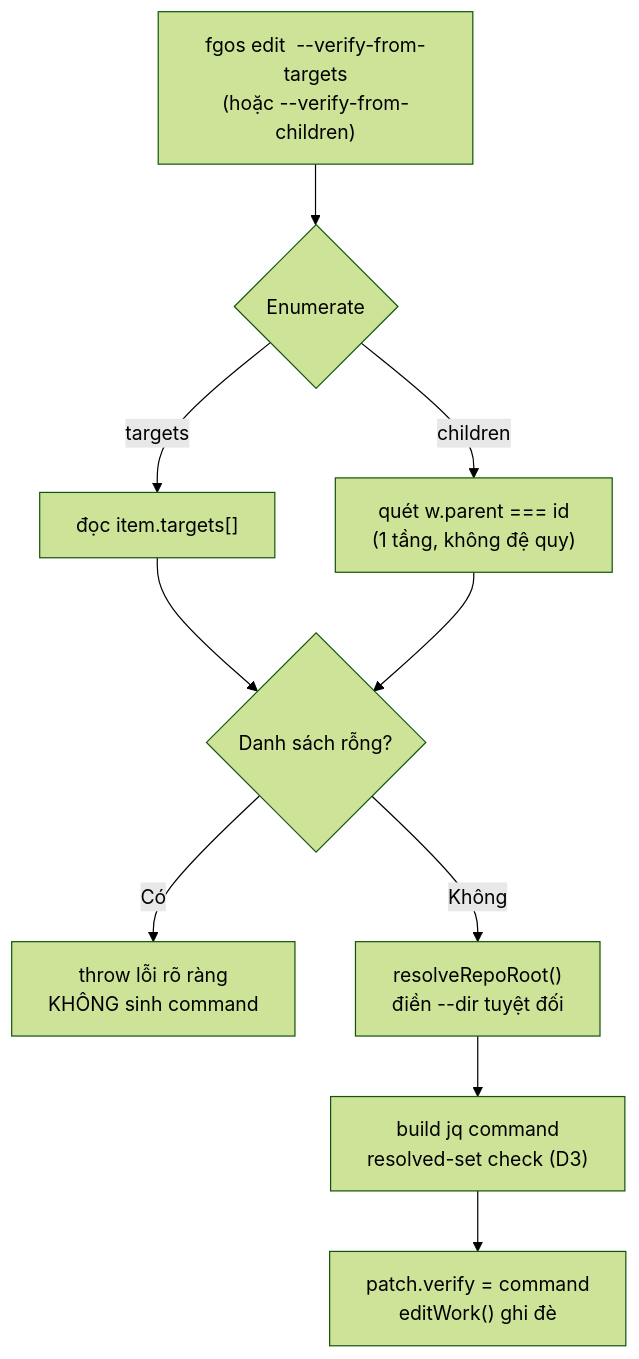
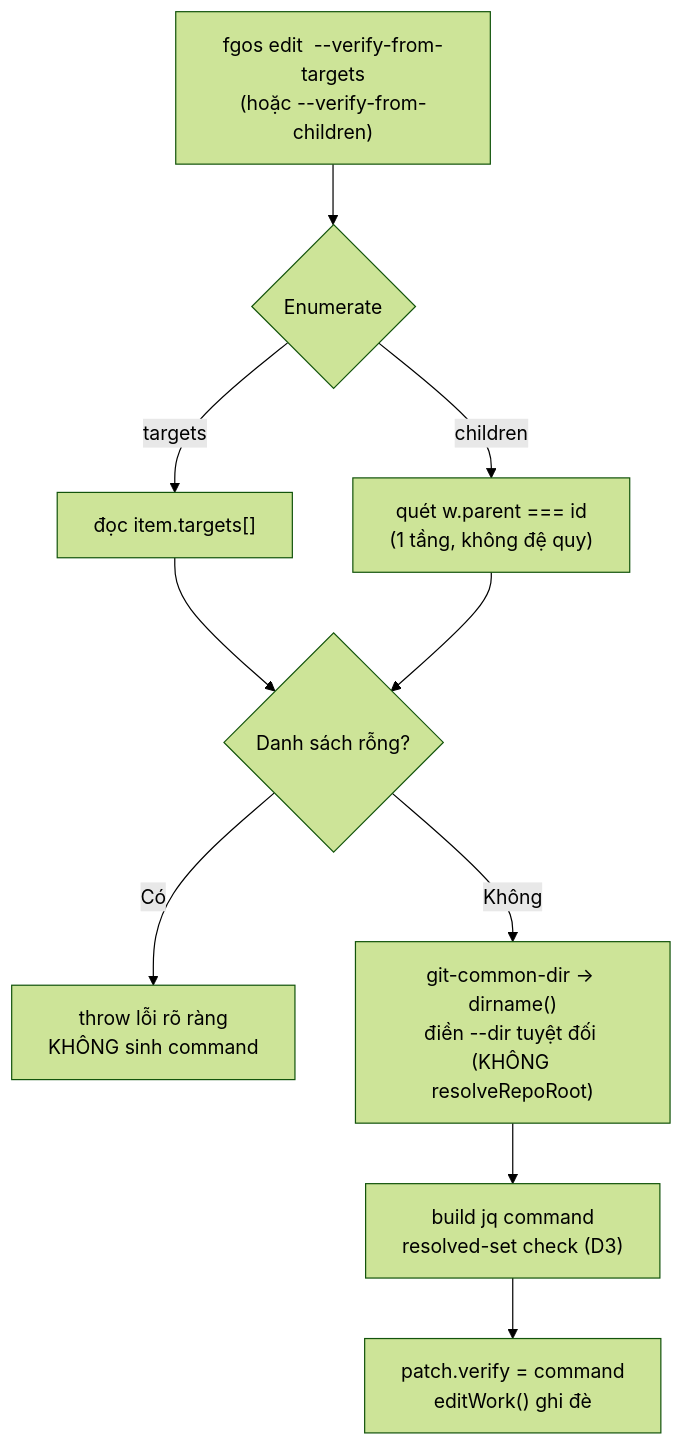
Before and after one commit to vantt/forgent: the diagram in docs/history/rollup-parent-auto-close/DISCUSSION.md, drawn with Mermaid (forest theme). The commit also changed other lines of this file and 1 other file, not shown here.

Commit message:
docs(history): correct root-resolution mechanism (git-common-dir, not resolveRepoRoot)

````diff
--- a/docs/history/rollup-parent-auto-close/DISCUSSION.md
+++ b/docs/history/rollup-parent-auto-close/DISCUSSION.md
@@ -174,12 +183,12 @@
 ```mermaid
 flowchart TD
     A["fgos edit <id> --verify-from-targets<br/>(hoặc --verify-from-children)"] --> B{Enumerate}
     B -->|targets| B1["đọc item.targets[]"]
     B -->|children| B2["quét w.parent === id<br/>(1 tầng, không đệ quy)"]
     B1 --> C{Danh sách rỗng?}
     B2 --> C
     C -->|Có| C1["throw lỗi rõ ràng<br/>KHÔNG sinh command"]
-    C -->|Không| D["resolveRepoRoot()<br/>điền --dir tuyệt đối"]
+    C -->|Không| D["git-common-dir → dirname()<br/>điền --dir tuyệt đối (KHÔNG resolveRepoRoot)"]
     D --> E["build jq command<br/>resolved-set check (D3)"]
     E --> F["patch.verify = command<br/>editWork() ghi đè"]
 ```
````
